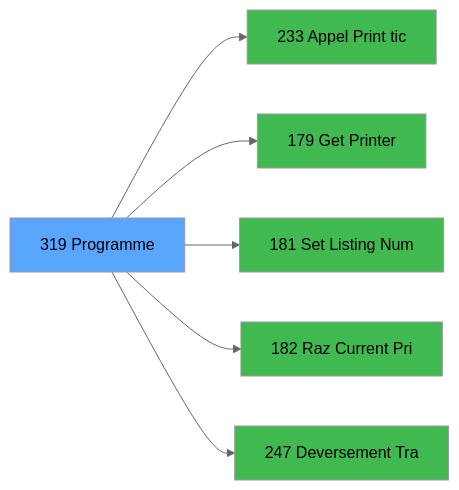
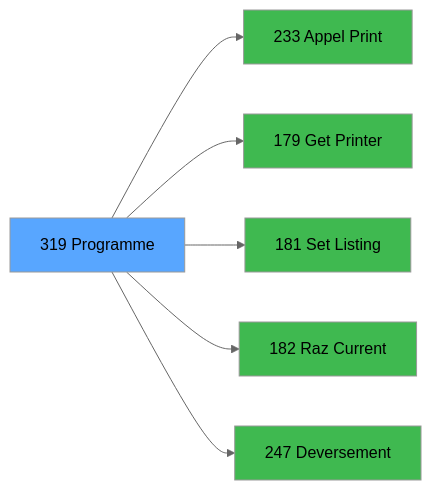
One commit to thonyAGP/magic-migration changed the third of 3 diagrams in .openspec/specs/ADH-IDE-319.md. Above: the diagram before and after it, drawn with Mermaid (neutral theme). The commit also changed other lines of this file and 323 other files, not shown here.

````diff
--- a/.openspec/specs/ADH-IDE-319.md
+++ b/.openspec/specs/ADH-IDE-319.md
@@ -135,20 +160,20 @@
 ```mermaid
 graph LR
     T[319 Programme]
-    C233[233 Appel Print tic]
+    C233[233 Appel Print ]
     T --> C233
     C179[179 Get Printer]
     T --> C179
-    C181[181 Set Listing Num]
+    C181[181 Set Listing ]
     T --> C181
-    C182[182 Raz Current Pri]
+    C182[182 Raz Current ]
     T --> C182
-    C247[247 Deversement Tra]
+    C247[247 Deversement ]
     T --> C247
     style T fill:#58a6ff,color:#000
     style C233 fill:#3fb950
     style C179 fill:#3fb950
     style C181 fill:#3fb950
     style C182 fill:#3fb950
     style C247 fill:#3fb950
 ```
````
